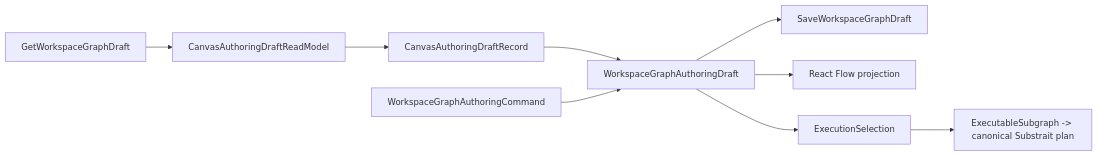
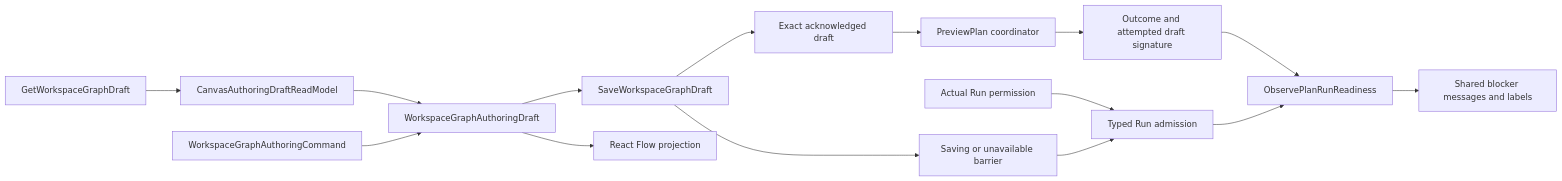
One commit to dunay2/dvt changed the second of 6 diagrams in docs/architecture/components/web/graph/canvas-authoring-draft-boundary-component.md. Above: the diagram before and after it, drawn with Mermaid. The commit also changed other lines of this file and 40 other files, not shown here.

Commit message:
fix(web): Preserve draft saves and separate execution readiness causes

````diff
--- a/docs/architecture/components/web/graph/canvas-authoring-draft-boundary-component.md
+++ b/docs/architecture/components/web/graph/canvas-authoring-draft-boundary-component.md
@@ -195,21 +185,17 @@
 ```mermaid
 flowchart LR
-  Read["GetWorkspaceGraphDraft"]
-  Model["CanvasAuthoringDraftReadModel"]
-  Record["CanvasAuthoringDraftRecord"]
-  Commands["WorkspaceGraphAuthoringCommand"]
-  Aggregate["WorkspaceGraphAuthoringDraft"]
-  Save["SaveWorkspaceGraphDraft"]
-  Viewport["React Flow projection"]
-  Selection["ExecutionSelection"]
-  Compile["ExecutableSubgraph -> canonical Substrait plan"]
-
-  Read --> Model
-  Model --> Record
-  Record --> Aggregate
-  Commands --> Aggregate
-  Aggregate --> Save
-  Aggregate --> Viewport
-  Aggregate --> Selection
-  Selection --> Compile
+  Read[GetWorkspaceGraphDraft] --> Model[CanvasAuthoringDraftReadModel]
+  Model --> Aggregate[WorkspaceGraphAuthoringDraft]
+  Commands[WorkspaceGraphAuthoringCommand] --> Aggregate
+  Aggregate --> Save[SaveWorkspaceGraphDraft]
+  Aggregate --> Viewport[React Flow projection]
+  Save --> Flush[Exact acknowledged draft]
+  Flush --> Preview[PreviewPlan coordinator]
+  Permission[Actual Run permission] --> Admission[Typed Run admission]
+  Save --> Barrier[Saving or unavailable barrier]
+  Barrier --> Admission
+  Preview --> Attempt[Outcome and attempted draft signature]
+  Attempt --> Readiness[ObservePlanRunReadiness]
+  Admission --> Readiness
+  Readiness --> Presentation[Shared blocker messages and labels]
 ```
````
